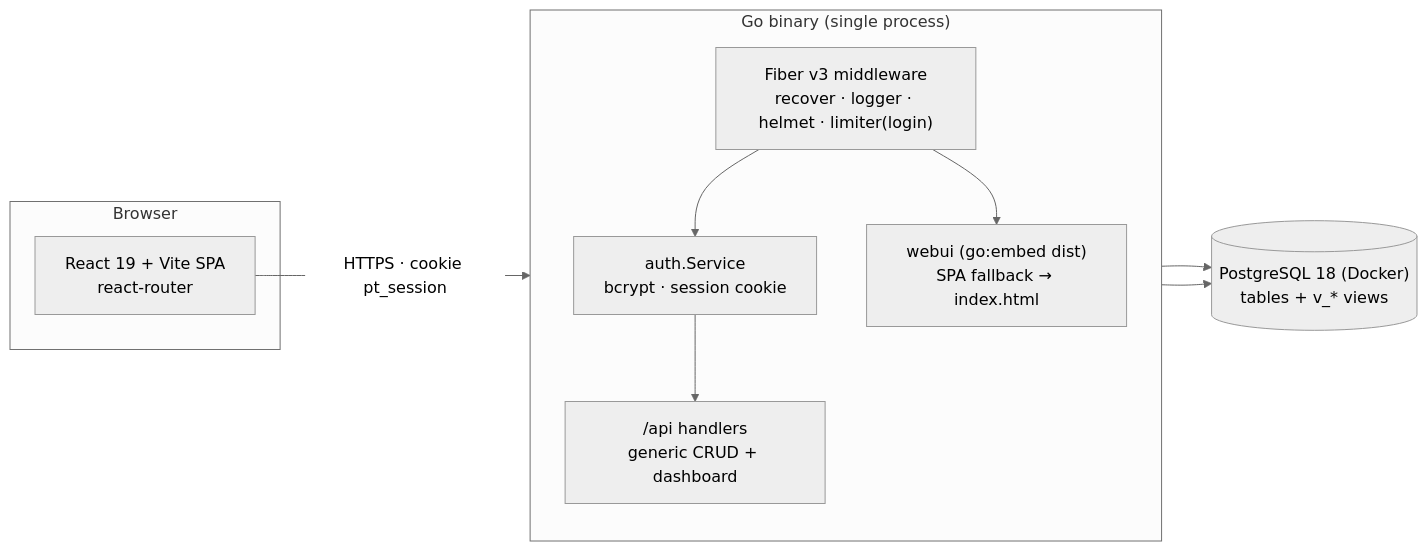
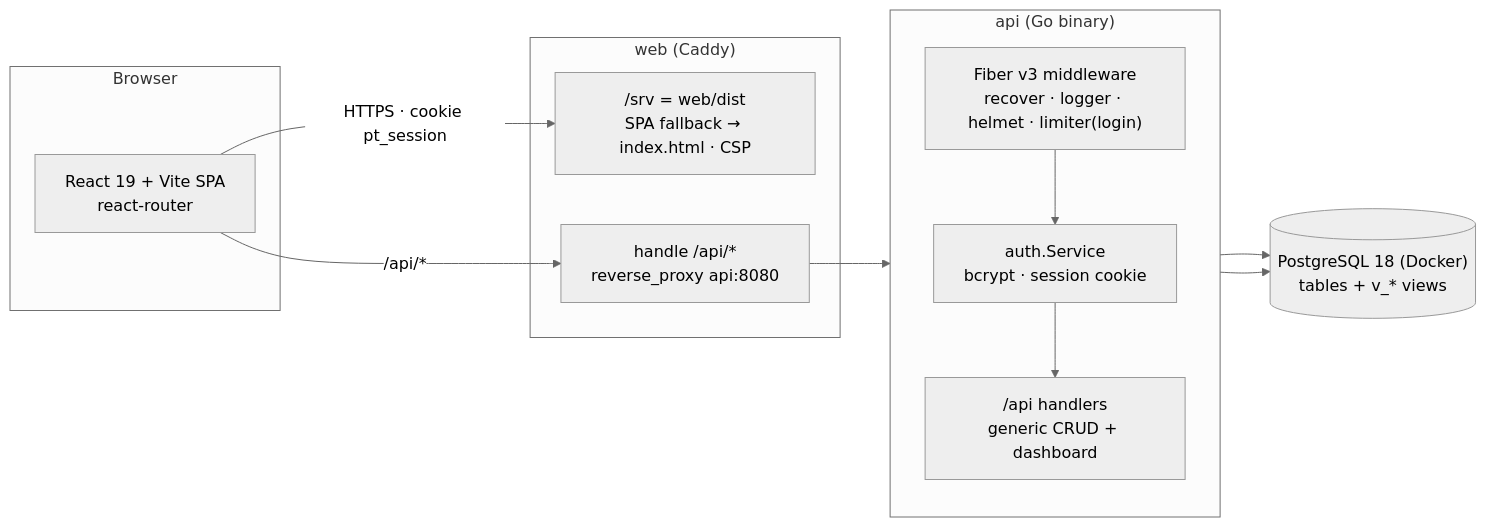
Before and after one commit to watcharaY/portfolio-tracker: the first of 2 diagrams in docs/04-system-design.md, drawn with Mermaid (neutral theme). The commit also changed other lines of this file and 1 other file, not shown here.

First line of the commit message:
docs: describe the split web and API deploy

````diff
--- a/docs/04-system-design.md
+++ b/docs/04-system-design.md
@@ -14,19 +14,22 @@
 ```mermaid
 flowchart LR
     subgraph Browser
         SPA["React 19 + Vite SPA<br/>react-router"]
     end
-    subgraph "Go binary (single process)"
+    subgraph "web (Caddy)"
+        STATIC["/srv = web/dist<br/>SPA fallback → index.html · CSP"]
+        PROXY["handle /api/*<br/>reverse_proxy api:8080"]
+    end
+    subgraph "api (Go binary)"
         direction TB
         MW["Fiber v3 middleware<br/>recover · logger · helmet · limiter(login)"]
         AUTH["auth.Service<br/>bcrypt · session cookie"]
         API["/api handlers<br/>generic CRUD + dashboard"]
-        STATIC["webui (go:embed dist)<br/>SPA fallback → index.html"]
         MW --> AUTH --> API
-        MW --> STATIC
     end
     DB[("PostgreSQL 18 (Docker)<br/>tables + v_* views")]
-    SPA -- "HTTPS · cookie pt_session" --> MW
+    SPA -- "HTTPS · cookie pt_session" --> STATIC
+    SPA -- "/api/*" --> PROXY --> MW
     API --> DB
     AUTH --> DB
 ```
````
